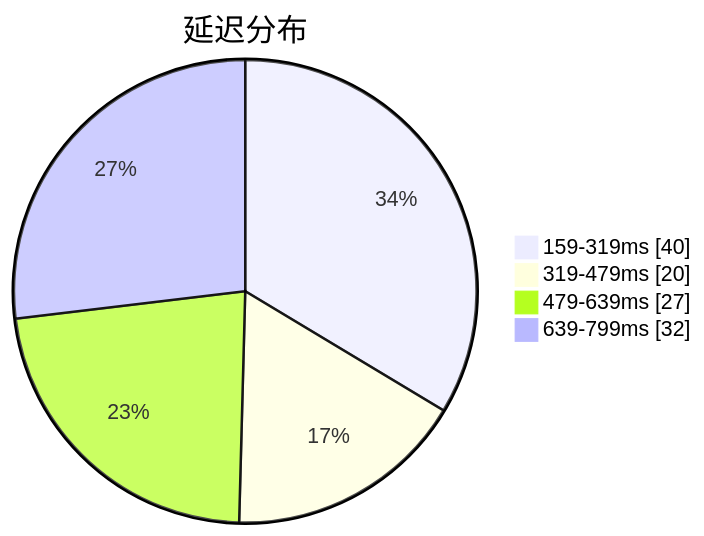
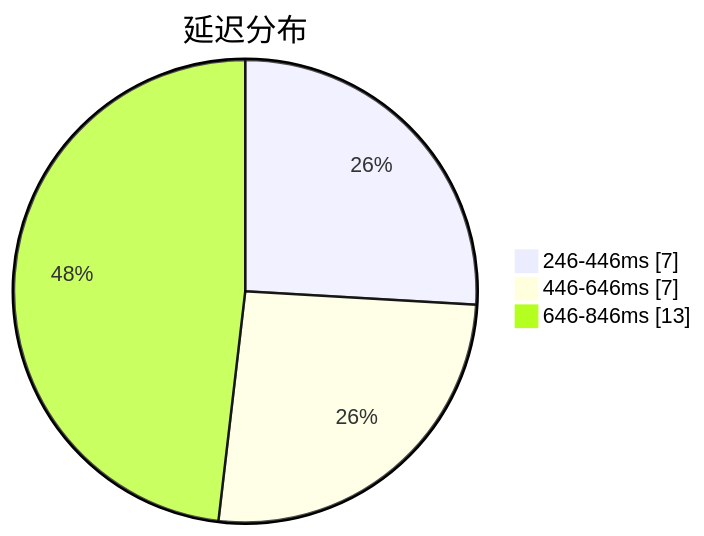
Before and after one commit to qjlxg/airport: the first of 3 diagrams in subs/statistics/tested_within.md, drawn with Mermaid. The commit also changed other lines of this file and 2 other files, not shown here.

````diff
--- a/subs/statistics/tested_within.md
+++ b/subs/statistics/tested_within.md
@@ -2,8 +2,7 @@
 ```mermaid
 pie showData
 title 延迟分布
-"159-319ms" : 40
-"319-479ms" : 20
-"479-639ms" : 27
-"639-799ms" : 32
+"246-446ms" : 7
+"446-646ms" : 7
+"646-846ms" : 13
 ```
````
